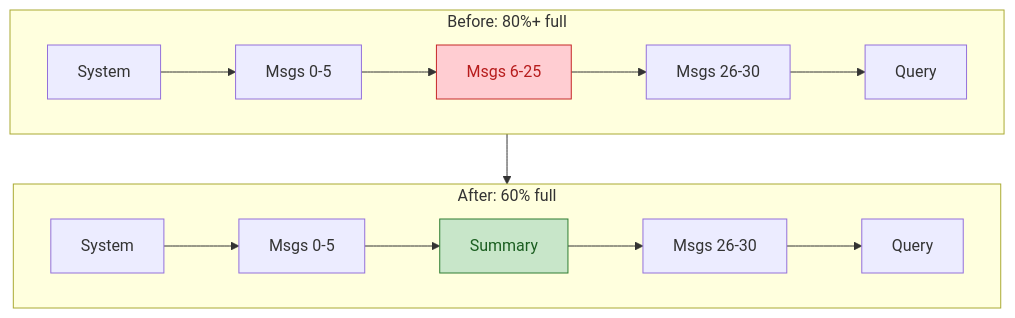
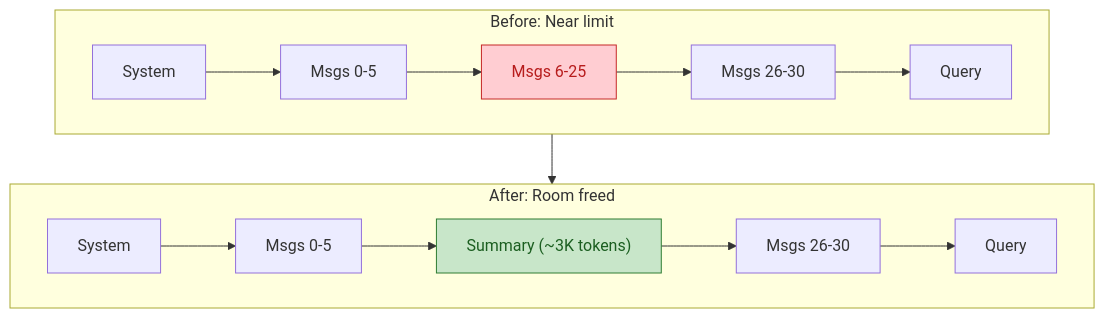
The fourth of 5 diagrams in doc/src/development/context-anatomy.md (luksamuk/sprachspiel), drawn with Mermaid before and after one commit. The commit also changed other lines of this file and 2 other files, not shown here.

````diff
--- a/doc/src/development/context-anatomy.md
+++ b/doc/src/development/context-anatomy.md
@@ -199,21 +199,21 @@
 ```mermaid
 graph TB
-    subgraph Before["Before: 80%+ full"]
+    subgraph Before["Before: Near limit"]
         B1["System"] --> B2["Msgs 0-5"]
         B2 --> B3["Msgs 6-25"]
         B3 --> B4["Msgs 26-30"]
         B4 --> B5["Query"]
     end
 
-    subgraph After["After: 60% full"]
+    subgraph After["After: Room freed"]
         A1["System"] --> A2["Msgs 0-5"]
-        A2 --> A3["Summary"]
+        A2 --> A3["Summary (~3K tokens)"]
         A3 --> A4["Msgs 26-30"]
         A4 --> A5["Query"]
     end
 
     Before --> After
     
     style B3 fill:#ffcdd2,stroke:#c62828,color:#b71c1c
     style A3 fill:#c8e6c9,stroke:#2e7d32,color:#1b5e20
 ```
````
